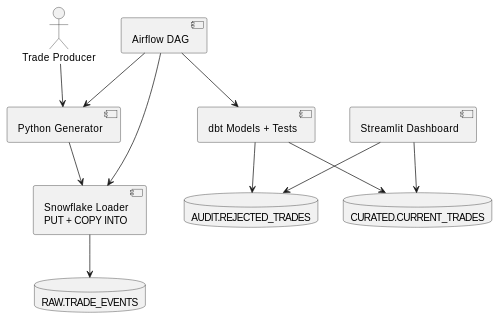
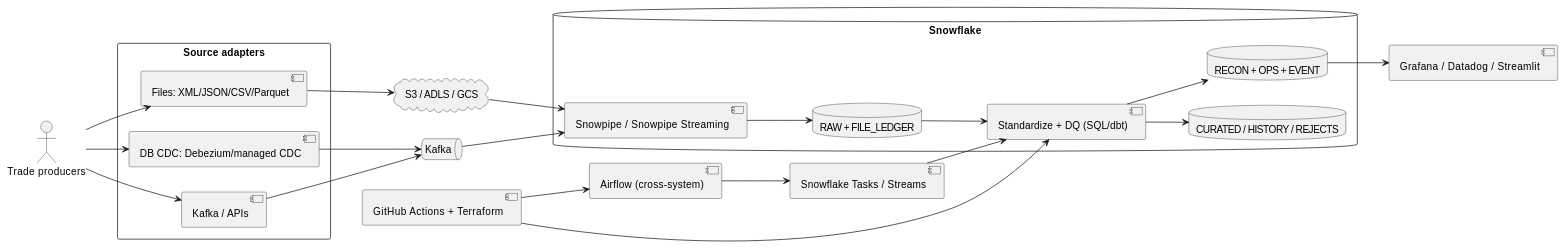
One commit to sumantakarna/DB_casestudy changed the diagram in README.md. Above: the diagram before and after it, drawn with PlantUML. The commit also changed other lines of this file and 29 other files, not shown here.

Commit message:
Upgrade to enterprise multi-source trade platform

````diff
--- a/README.md
+++ b/README.md
@@ -7,23 +9,41 @@
 ```plantuml
 @startuml
-actor "Trade Producer" as P
-component "Python Generator" as G
-component "Snowflake Loader\nPUT + COPY INTO" as L
-database "RAW.TRADE_EVENTS" as R
-component "Airflow DAG" as A
-component "dbt Models + Tests" as D
-database "CURATED.CURRENT_TRADES" as C
-database "AUDIT.REJECTED_TRADES" as X
-component "Streamlit Dashboard" as U
-P --> G
-G --> L
-L --> R
-A --> G
-A --> L
-A --> D
-D --> C
-D --> X
-U --> C
-U --> X
+left to right direction
+actor "Trade producers" as P
+rectangle "Source adapters" {
+  component "Files: XML/JSON/CSV/Parquet" as F
+  component "DB CDC: Debezium/managed CDC" as C
+  component "Kafka / APIs" as K
+}
+cloud "S3 / ADLS / GCS" as O
+queue "Kafka" as Q
+database "Snowflake" {
+  component "Snowpipe / Snowpipe Streaming" as I
+  database "RAW + FILE_LEDGER" as R
+  component "Standardize + DQ (SQL/dbt)" as D
+  database "CURATED / HISTORY / REJECTS" as T
+  database "RECON + OPS + EVENT" as M
+}
+component "Airflow (cross-system)" as A
+component "Snowflake Tasks / Streams" as S
+component "GitHub Actions + Terraform" as CI
+component "Grafana / Datadog / Streamlit" as V
+P --> F
+P --> C
+P --> K
+F --> O
+C --> Q
+K --> Q
+O --> I
+Q --> I
+I --> R
+R --> D
+D --> T
+D --> M
+A --> S
+S --> D
+CI --> A
+CI --> D
+M --> V
 @enduml
 ```
````
